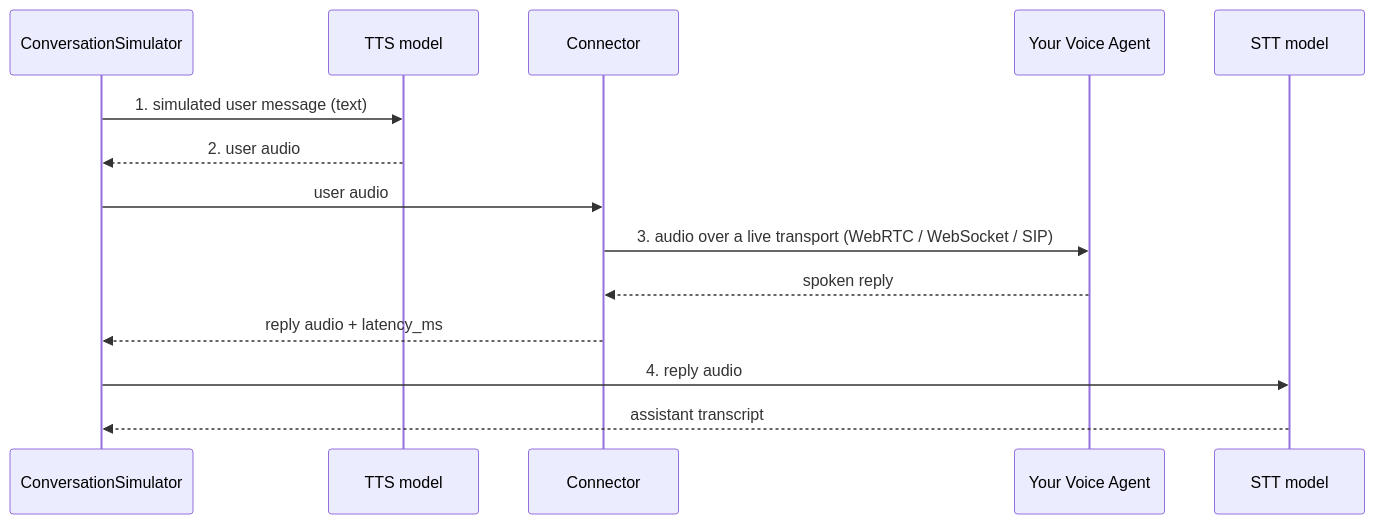
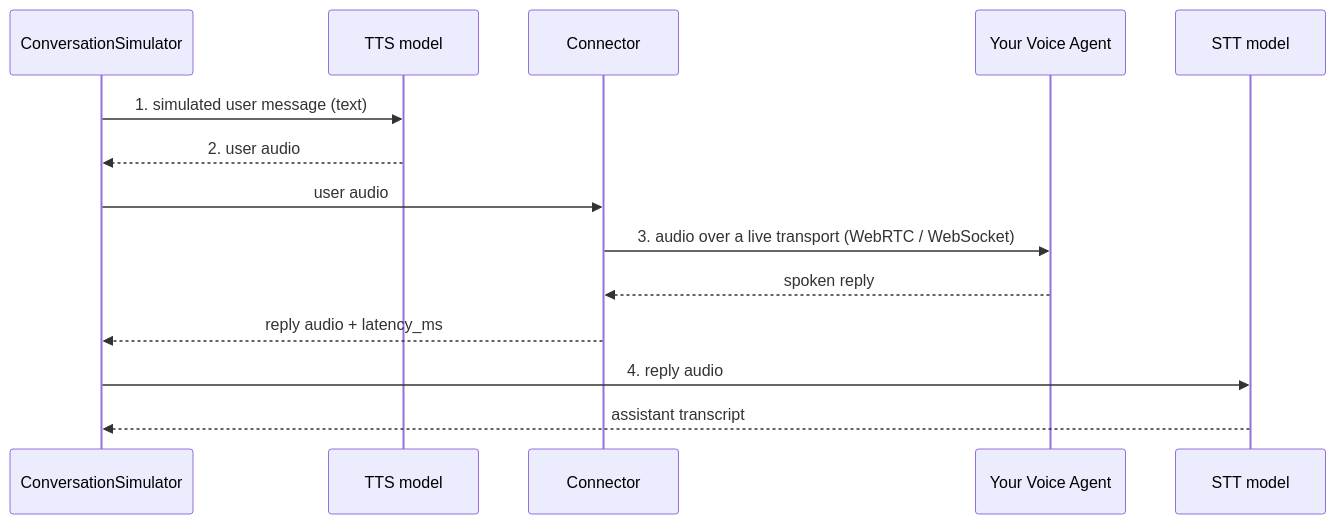
One commit to willow-marketplace/innovid changed the first of 2 diagrams in plugins/deepeval/docs/content/docs/(concepts)/evaluation-voice.mdx. Above: the diagram before and after it, drawn with Mermaid. The commit also changed other lines of this file and 506 other files, not shown here.

````diff
--- a/plugins/deepeval/docs/content/docs/(concepts)/evaluation-voice.mdx
+++ b/plugins/deepeval/docs/content/docs/(concepts)/evaluation-voice.mdx
@@ -39,17 +39,17 @@
 ```mermaid
 sequenceDiagram
     participant Simulator as ConversationSimulator
     participant TTS as TTS model
     participant Connector
     participant Agent as Your Voice Agent
     participant STT as STT model
 
     Simulator->>TTS: 1. simulated user message (text)
     TTS-->>Simulator: 2. user audio
     Simulator->>Connector: user audio
-    Connector->>Agent: 3. audio over a live transport (WebRTC / WebSocket / SIP)
+    Connector->>Agent: 3. audio over a live transport (WebRTC / WebSocket)
     Agent-->>Connector: spoken reply
     Connector-->>Simulator: reply audio + latency_ms
     Simulator->>STT: 4. reply audio
     STT-->>Simulator: assistant transcript
 ```
````
